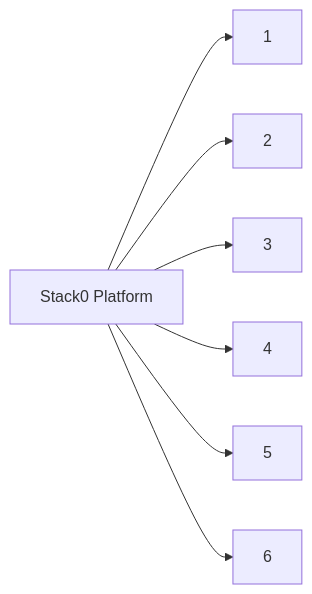
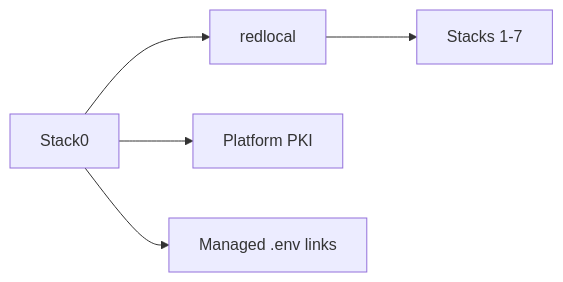
The diagram in stack0_-_platform/README.md (ea1het/local_hybrid_ai), drawn with Mermaid before and after one commit. The commit also changed other lines of this file and 11 other files, not shown here.

Commit message:
Simplify canonical documentation with Mermaid architecture

````diff
--- a/stack0_-_platform/README.md
+++ b/stack0_-_platform/README.md
@@ -7,9 +5,7 @@
 ```mermaid
 flowchart LR
-  S0[Stack0 Platform] --> S1[1]
-  S0 --> S2[2]
-  S0 --> S3[3]
-  S0 --> S4[4]
-  S0 --> S5[5]
-  S0 --> S6[6]
+    S0[Stack0] --> Network[redlocal]
+    S0 --> PKI[Platform PKI]
+    S0 --> Env[Managed .env links]
+    Network --> Apps[Stacks 1-7]
 ```
````
